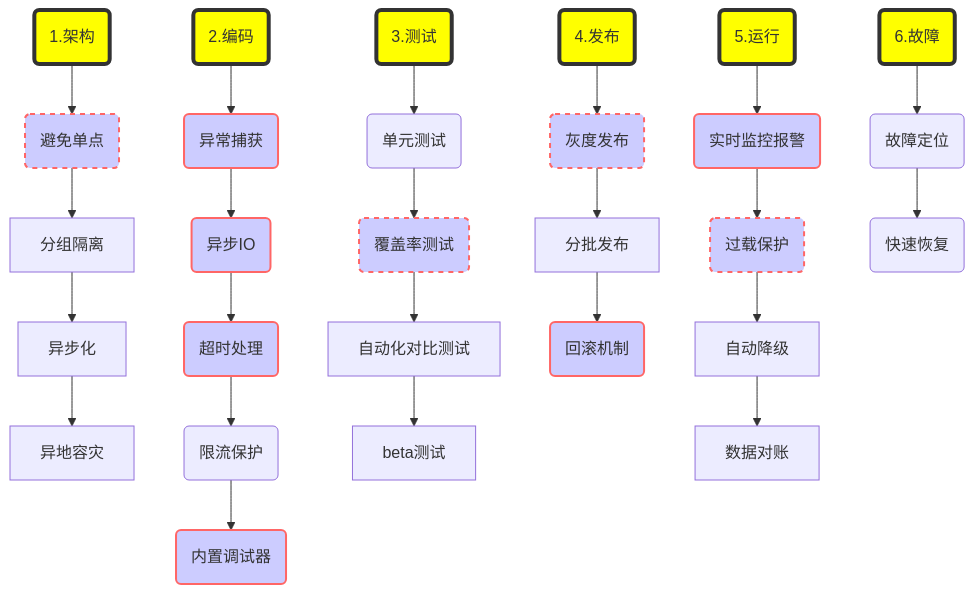
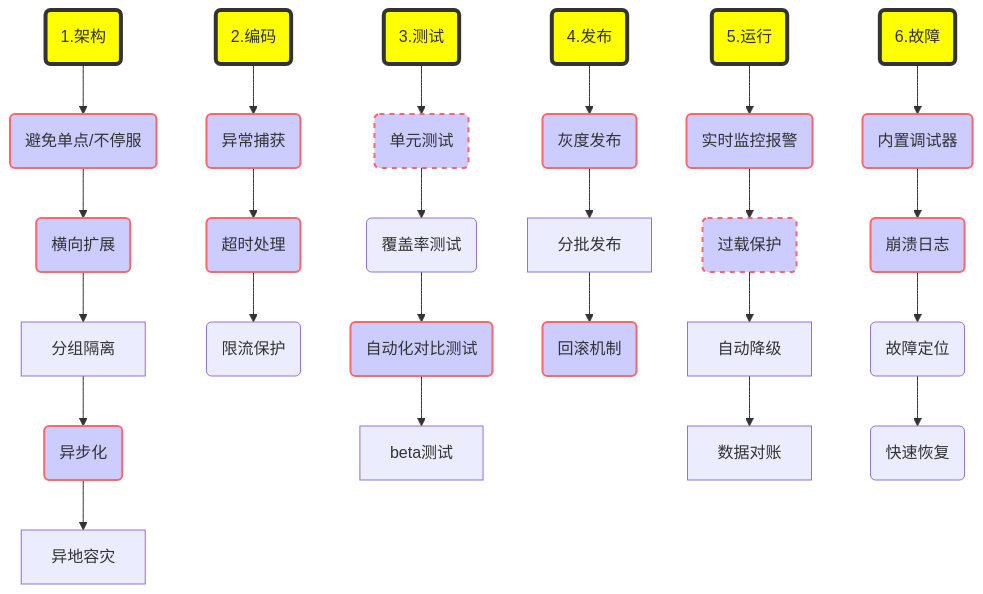
The diagram in design/high-available-system.md (lixianmin/writer), drawn with Mermaid before and after one commit. The commit also changed 4 other files, not shown here.

````diff
--- a/design/high-available-system.md
+++ b/design/high-available-system.md
@@ -16,57 +16,61 @@
 ```mermaid
 graph TD
 
 classDef RootNode fill:#ff0,stroke:#333,stroke-width:4px
 classDef EmphasizeNode fill:#ccf,stroke:#f66,stroke-width:2px
 classDef TodoNode fill:#ccf,stroke:#f66,stroke-width:2px, stroke-dasharray: 5, 5
 
 Architecture(1.架构)
 class Architecture RootNode
-Architecture --> AvaidSinglePoint(避免单点)
-class AvaidSinglePoint TodoNode
-AvaidSinglePoint --> 分组隔离
-分组隔离  --> 异步化
-异步化    --> 异地容灾
+Architecture --> AvaidSinglePoint(避免单点/不停服)
+class AvaidSinglePoint EmphasizeNode
+AvaidSinglePoint --> ScaleOut(横向扩展)
+class ScaleOut EmphasizeNode
+ScaleOut--> 分组隔离
+分组隔离  --> Asynchronized(异步化)
+class Asynchronized EmphasizeNode
+Asynchronized  --> 异地容灾
 
 Code(2.编码)
 class Code RootNode
 Code --> CatchException(异常捕获)
 class CatchException EmphasizeNode
-CatchException --> Threading(异步IO)
-class Threading EmphasizeNode
-Threading --> TimeoutProcess(超时处理)
+CatchException --> TimeoutProcess(超时处理)
 class TimeoutProcess EmphasizeNode
 TimeoutProcess --> CurrentLimitingProtection(限流保护)
-CurrentLimitingProtection --> BuiltinDebugger(内置调试器)
-class BuiltinDebugger EmphasizeNode
 
 Test(3.测试)
 class Test RootNode
 Test --> UnitTest(单元测试)
+class UnitTest TodoNode
 UnitTest --> CoverageTest(覆盖率测试)
-class CoverageTest TodoNode
-CoverageTest --> 自动化对比测试
-自动化对比测试 --> beta测试
+CoverageTest --> AutoCompareTest(自动化对比测试)
+class AutoCompareTest EmphasizeNode
+AutoCompareTest --> beta测试
 
 Publish(4.发布)
 class Publish RootNode
 Publish --> GatedLaunch(灰度发布)
-class GatedLaunch TodoNode
+class GatedLaunch EmphasizeNode
 GatedLaunch --> 分批发布
 分批发布 --> RollbackMechanism(回滚机制)
 class RollbackMechanism EmphasizeNode
 
 Run(5.运行)
 class Run RootNode
 Run --> RealtimeWatching(实时监控报警)
 class RealtimeWatching EmphasizeNode
 RealtimeWatching --> OverloadProtection(过载保护)
 class OverloadProtection TodoNode
 OverloadProtection --> 自动降级
 自动降级 --> 数据对账
 
 Fault(6.故障)
 class Fault RootNode
-Fault --> FaultLocation(故障定位)
-FaultLocation --> FastRecover(快速恢复)
+Fault --> BuiltinDebugger(内置调试器)
+class BuiltinDebugger EmphasizeNode
+BuiltinDebugger --> CrashLog(崩溃日志)
+class CrashLog EmphasizeNode
+CrashLog --> FaultLocate(故障定位)
+FaultLocate --> FastRecover(快速恢复)
 ```
````
